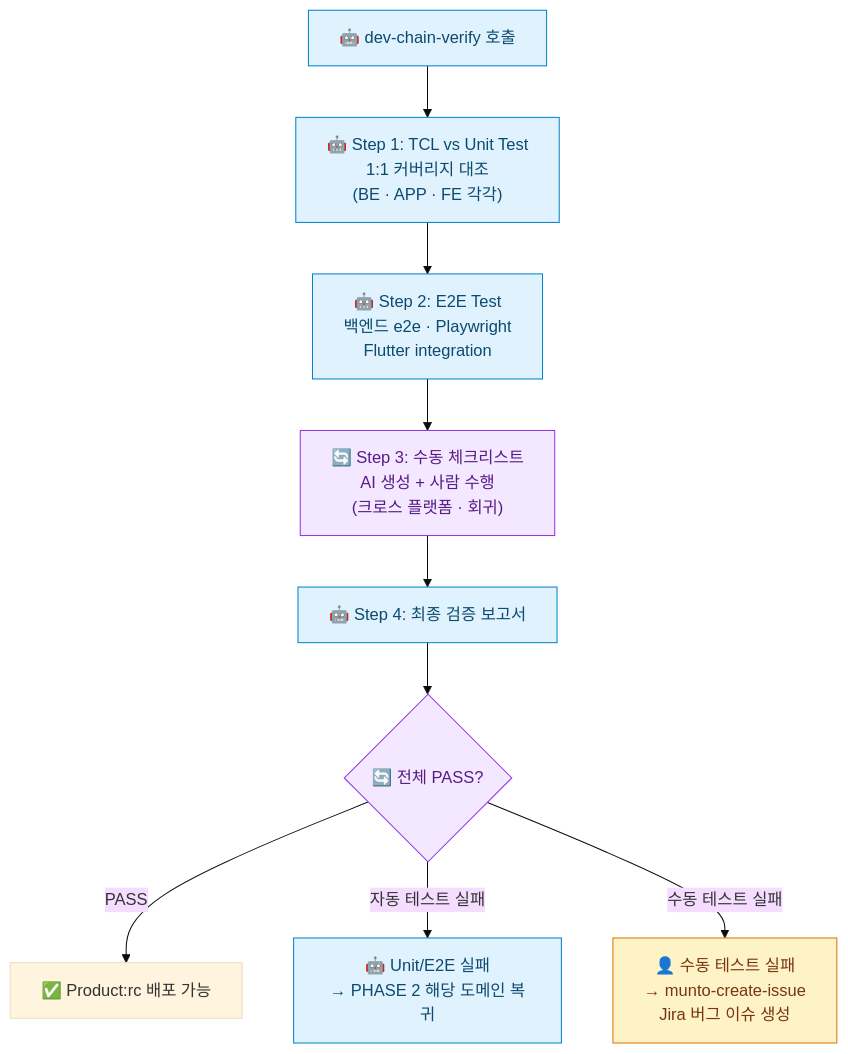
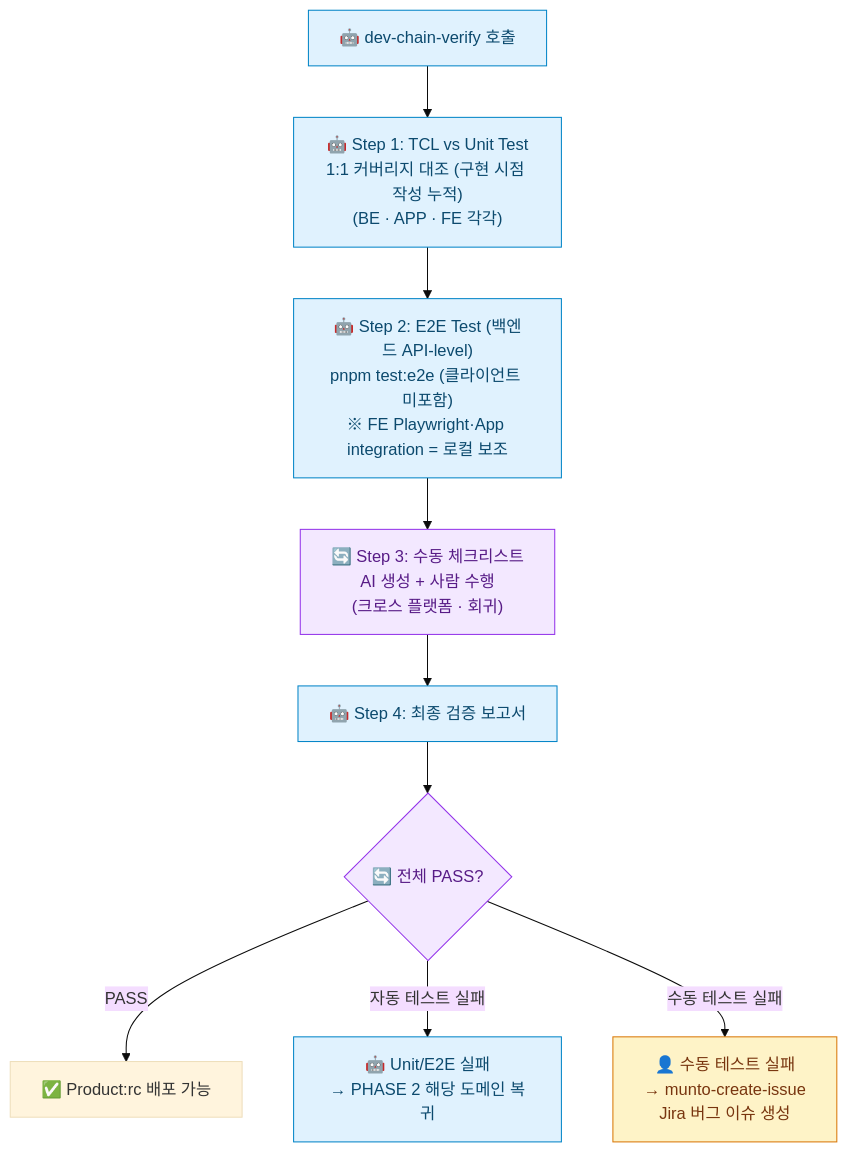
The seventh of 10 diagrams in reports/2026-05-harness-TO-BE.md (gracegyu/munto-dev-assistant-report), drawn with Mermaid (base theme) before and after one commit. The commit also changed other lines of this file and 2 other files, not shown here.

Commit message:
Task 7-9 (권장, TO-BE §4.7.8) — 테스트 전략: 케이스는 설계·코드는 구현(Task 단위) + API-level E2E

````diff
--- a/reports/2026-05-harness-TO-BE.md
+++ b/reports/2026-05-harness-TO-BE.md
@@ -674,22 +679,22 @@
 ```mermaid
 flowchart TD
     V0["🤖 dev-chain-verify 호출"]:::ai
-    V1["🤖 Step 1: TCL vs Unit Test<br/>1:1 커버리지 대조<br/>(BE · APP · FE 각각)"]:::ai
-    V2["🤖 Step 2: E2E Test<br/>백엔드 e2e · Playwright<br/>Flutter integration"]:::ai
+    V1["🤖 Step 1: TCL vs Unit Test<br/>1:1 커버리지 대조 (구현 시점 작성 누적)<br/>(BE · APP · FE 각각)"]:::ai
+    V2["🤖 Step 2: E2E Test (백엔드 API-level)<br/>pnpm test:e2e (클라이언트 미포함)<br/>※ FE Playwright·App integration = 로컬 보조"]:::ai
     V3["🔄 Step 3: 수동 체크리스트<br/>AI 생성 + 사람 수행<br/>(크로스 플랫폼 · 회귀)"]:::collab
     V4["🤖 Step 4: 최종 검증 보고서"]:::ai
     V5{"🔄 전체 PASS?"}:::collab
     V6["✅ Product:rc 배포 가능"]
     V7["🤖 Unit/E2E 실패<br/>→ PHASE 2 해당 도메인 복귀"]:::ai
     V8["👤 수동 테스트 실패<br/>→ munto-create-issue<br/>Jira 버그 이슈 생성"]:::human
 
     V0 --> V1 --> V2 --> V3 --> V4 --> V5
     V5 -- "PASS" --> V6
     V5 -- "자동 테스트 실패" --> V7
     V5 -- "수동 테스트 실패" --> V8
 
     classDef ai fill:#e0f2fe,stroke:#0284c7,color:#0c4a6e
     classDef human fill:#fef3c7,stroke:#d97706,color:#78350f
     classDef collab fill:#f3e8ff,stroke:#9333ea,color:#581c87
     classDef gate fill:#fee2e2,stroke:#dc2626,color:#7f1d1d,stroke-width:3px
 ```
````
